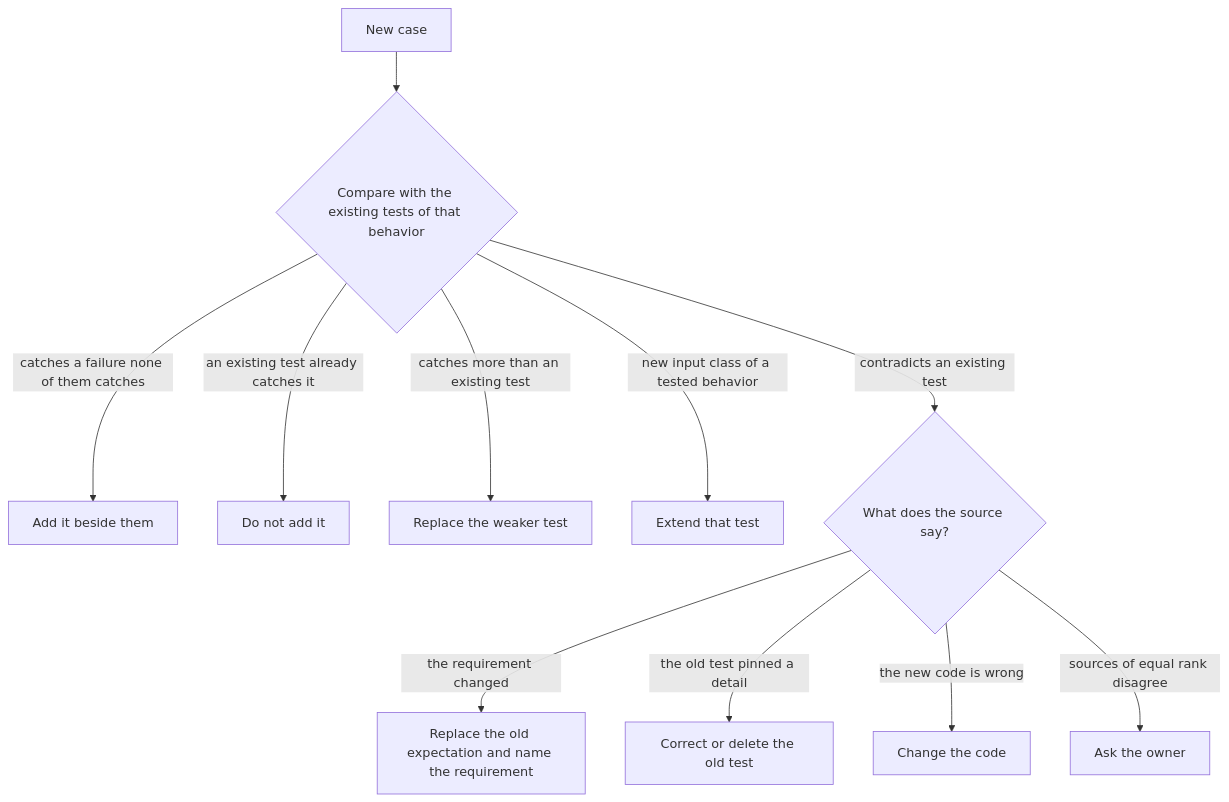
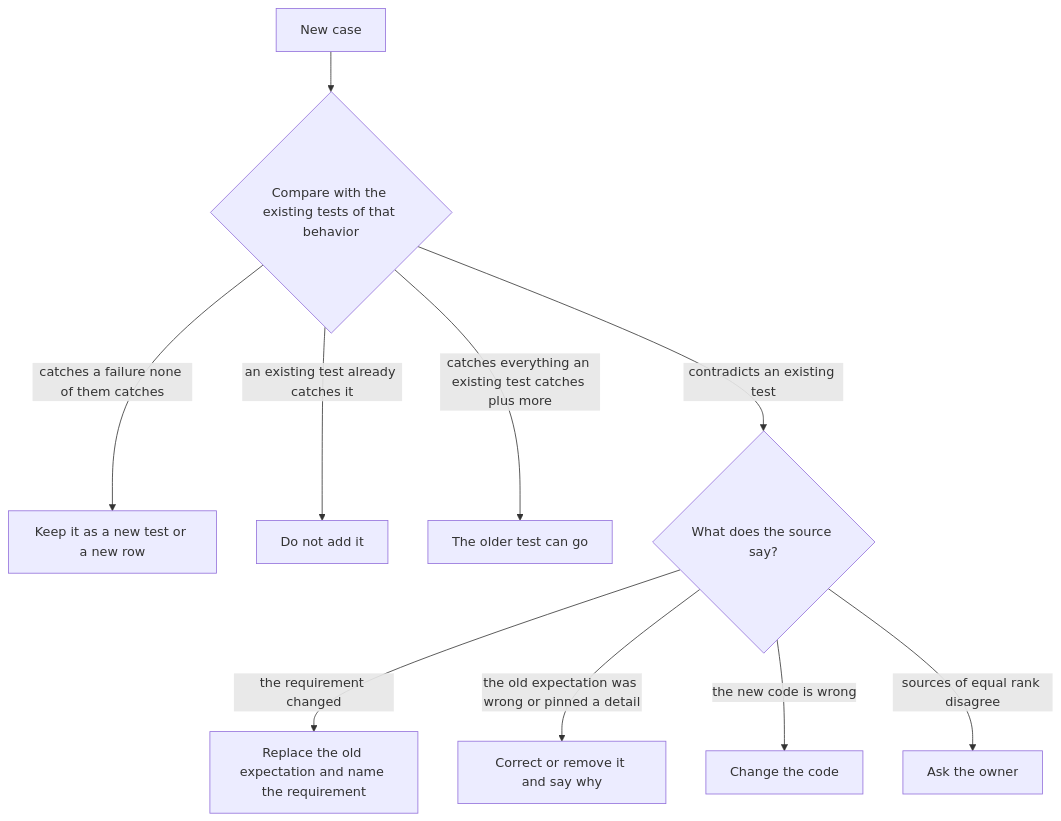
One commit to bqp007/concord-skill-lean-testing changed the second of 2 diagrams in README.md. Above: the diagram before and after it, drawn with Mermaid. The commit also changed other lines of this file and 1 other file, not shown here.

Commit message:
Maintenance principle: state expectations, let the source decide conflicts, keep surviving checks; narrow README claims

````diff
--- a/README.md
+++ b/README.md
@@ -55,13 +58,12 @@
 ```mermaid
 flowchart TD
     N[New case] --> Q{Compare with the existing tests of that behavior}
-    Q -- catches a failure none of them catches --> A[Add it beside them]
+    Q -- catches a failure none of them catches --> A[Keep it as a new test or a new row]
     Q -- an existing test already catches it --> DN[Do not add it]
-    Q -- catches more than an existing test --> RP[Replace the weaker test]
-    Q -- new input class of a tested behavior --> EX[Extend that test]
+    Q -- catches everything an existing test catches plus more --> RP[The older test can go]
     Q -- contradicts an existing test --> CF{What does the source say?}
     CF -- the requirement changed --> RQ[Replace the old expectation and name the requirement]
-    CF -- the old test pinned a detail --> FX[Correct or delete the old test]
+    CF -- the old expectation was wrong or pinned a detail --> FX[Correct or remove it and say why]
     CF -- the new code is wrong --> CD[Change the code]
     CF -- sources of equal rank disagree --> OW[Ask the owner]
 ```
````
